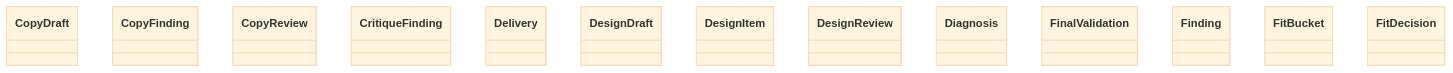
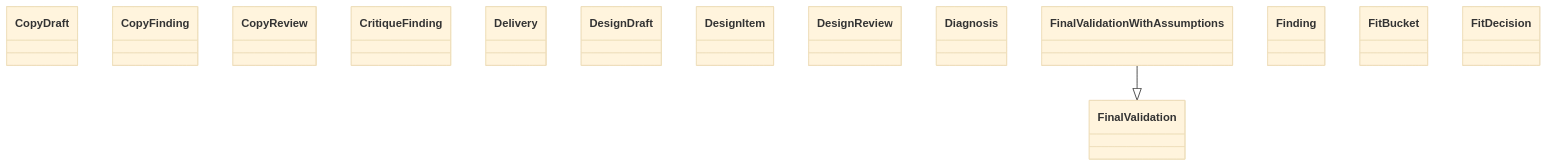
One commit to GonzaloZevallos/agentic-system changed the diagram in docs/architecture/generated/classes-process-domain-roles-2.md. Above: the diagram before and after it, drawn with Mermaid (base theme). The commit also changed 7 other files, not shown here.

````diff
--- a/docs/architecture/generated/classes-process-domain-roles-2.md
+++ b/docs/architecture/generated/classes-process-domain-roles-2.md
@@ -26,16 +26,18 @@
 ```mermaid
 classDiagram
     class schemas__CopyDraft["CopyDraft"]
     class schemas__CopyFinding["CopyFinding"]
     class schemas__CopyReview["CopyReview"]
     class schemas__CritiqueFinding["CritiqueFinding"]
     class schemas__Delivery["Delivery"]
     class schemas__DesignDraft["DesignDraft"]
     class schemas__DesignItem["DesignItem"]
     class schemas__DesignReview["DesignReview"]
     class schemas__Diagnosis["Diagnosis"]
     class schemas__FinalValidation["FinalValidation"]
+    class schemas__FinalValidationWithAssumptions["FinalValidationWithAssumptions"]
     class schemas__Finding["Finding"]
     class schemas__FitBucket["FitBucket"]
     class schemas__FitDecision["FitDecision"]
+    schemas__FinalValidationWithAssumptions --|> schemas__FinalValidation
 ```
````
